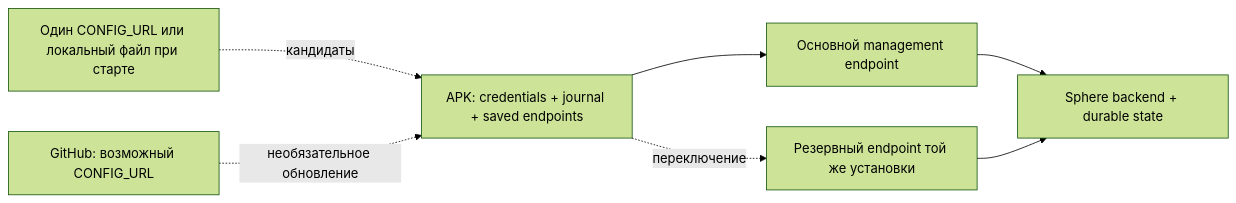
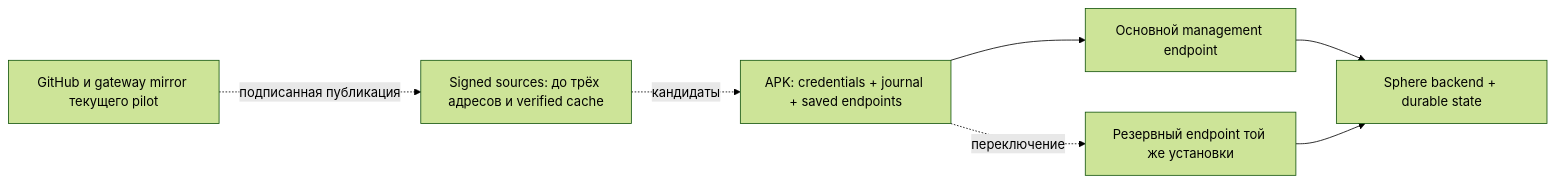
One commit to RootOne1337/sphere-platform changed the diagram in docs/operations/READINESS.md. Above: the diagram before and after it, drawn with Mermaid (forest theme). The commit also changed other lines of this file and 13 other files, not shown here.

````diff
--- a/docs/operations/READINESS.md
+++ b/docs/operations/READINESS.md
@@ -172,9 +182,9 @@
 ```mermaid
 flowchart LR
     A[APK: credentials + journal + saved endpoints] --> L[Основной management endpoint]
     A -. переключение .-> R[Резервный endpoint той же установки]
-    C[Один CONFIG_URL или локальный файл при старте] -. кандидаты .-> A
-    G[GitHub: возможный CONFIG_URL] -. необязательное обновление .-> A
+    C[Signed sources: до трёх адресов и verified cache] -. кандидаты .-> A
+    G[GitHub и gateway mirror текущего pilot] -. подписанная публикация .-> C
     L --> S[Sphere backend + durable state]
     R --> S
 ```
````
